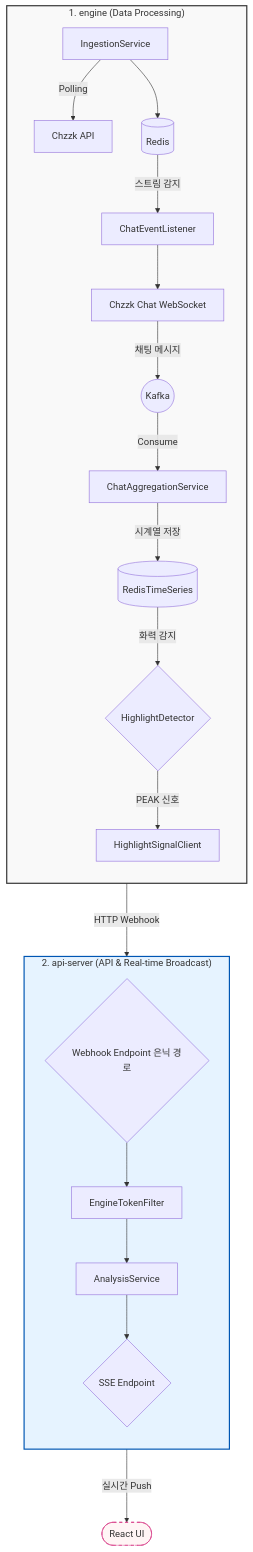
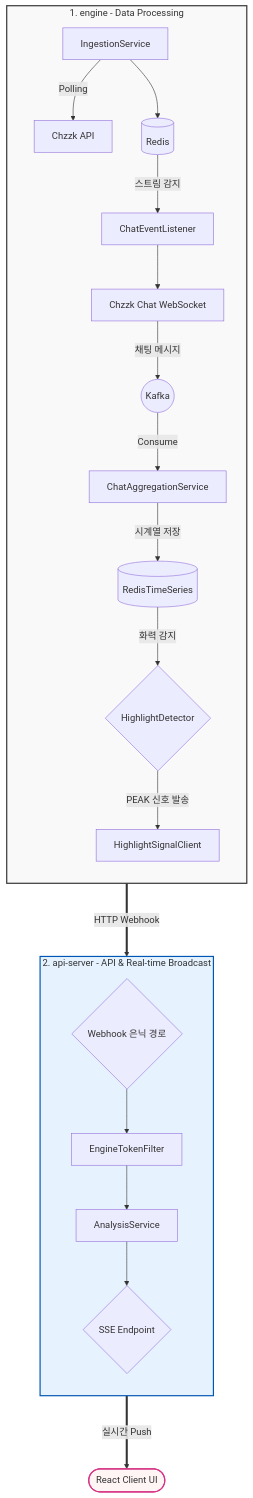
One commit to Firedrago95/stream-engine changed the diagram in README.md. Above: the diagram before and after it, drawn with Mermaid.

Commit message:
docs: README.md의 Mermaid 다이어그램을 Flowchart로 수정
- Mermaid 문법을 기존 graph에서 flowchart로 변경하여 가독성 개선
- 노드와 엣지 스타일 및 라벨을 더 명확하게 수정
- Redis, Kafka 등 주요 컴포넌트의 연결 관계 표현 방식 개선
- React UI 섹션 추가 및 세부 구성 시각화 강화
- 다이어그램 스타일 속성 최적화(색상 및 선 스타일 조정)

````diff
--- a/README.md
+++ b/README.md
@@ -42,41 +42,44 @@
 ```mermaid
-graph TD
-    %% Subgraph: Engine Module (핵심 로직)
-    subgraph Engine_Scope ["1. engine (Data Processing)"]
+flowchart TD
+    %% Subgraph: Engine Module
+    subgraph Engine_Scope [1. engine - Data Processing]
         direction TB
         Ingestion[IngestionService] -->|Polling| ChzzkAPI[Chzzk API]
-        Ingestion --> Redis_DB[(Redis)]
-        Redis_DB -- "스트림 감지" --> ChatListener[ChatEventListener]
+        Ingestion --> RedisDB[(Redis)]
+        RedisDB -->|스트림 감지| ChatListener[ChatEventListener]
         
         ChatListener --> WebSocket[Chzzk Chat WebSocket]
-        WebSocket -- "채팅 메시지" --> Kafka_Topic((Kafka))
+        WebSocket -->|채팅 메시지| KafkaTopic((Kafka))
         
-        Kafka_Topic -- "Consume" --> AggService[ChatAggregationService]
-        AggService -- "시계열 저장" --> RedisTS[(RedisTimeSeries)]
+        KafkaTopic -->|Consume| AggService[ChatAggregationService]
+        AggService -->|시계열 저장| RedisTS[(RedisTimeSeries)]
         
-        RedisTS -- "화력 감지" --> Detector{HighlightDetector}
-        Detector -- "PEAK 신호" --> SignalClient[HighlightSignalClient]
+        RedisTS -->|화력 감지| Detector{HighlightDetector}
+        Detector -->|PEAK 신호 발송| SignalClient[HighlightSignalClient]
     end
 
-    %% Subgraph: API Server Module (은닉 경로 및 보안)
-    subgraph API_Scope ["2. api-server (API & Real-time Broadcast)"]
+    %% Subgraph: API Server Module
+    subgraph API_Scope [2. api-server - API & Real-time Broadcast]
         direction TB
-        InternalAPI{Webhook Endpoint 은닉 경로}
+        InternalAPI{Webhook 은닉 경로}
         TokenCheck[EngineTokenFilter]
         SignalService[AnalysisService]
         SSE_Endpoint{SSE Endpoint}
         
         InternalAPI --> TokenCheck
         TokenCheck --> SignalService
         SignalService --> SSE_Endpoint
     end
 
+    %% Client
+    ReactUI([React Client UI])
+
     %% Connections
-    SignalClient -- "HTTP Webhook" ---> InternalAPI
-    SSE_Endpoint -- "실시간 Push" ---> ReactUI([React UI])
+    SignalClient ===>|HTTP Webhook| InternalAPI
+    SSE_Endpoint ===>|실시간 Push| ReactUI
 
     %% Styling
     style Engine_Scope fill:#f9f9f9,stroke:#333,stroke-width:2px
     style API_Scope fill:#e6f3ff,stroke:#0056b3,stroke-width:2px
-    style ReactUI fill:#fff5f5,stroke:#d63384,stroke-dasharray: 5 5
+    style ReactUI fill:#fff5f5,stroke:#d63384,stroke-width:2px
 ```
````
